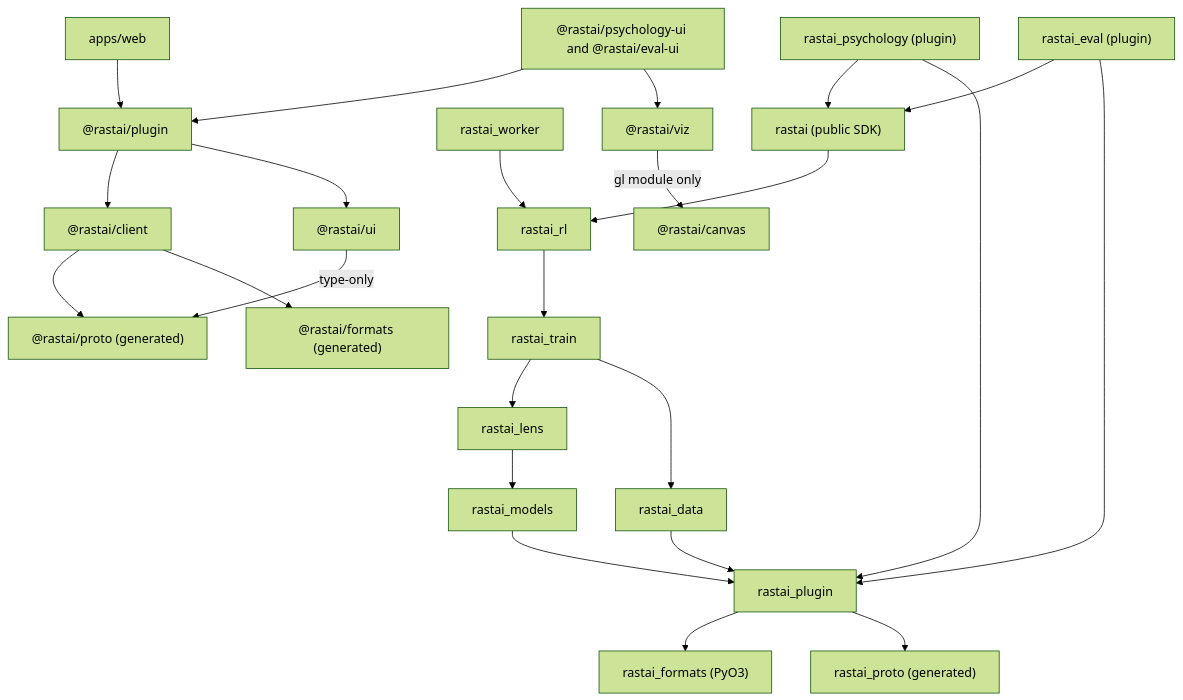
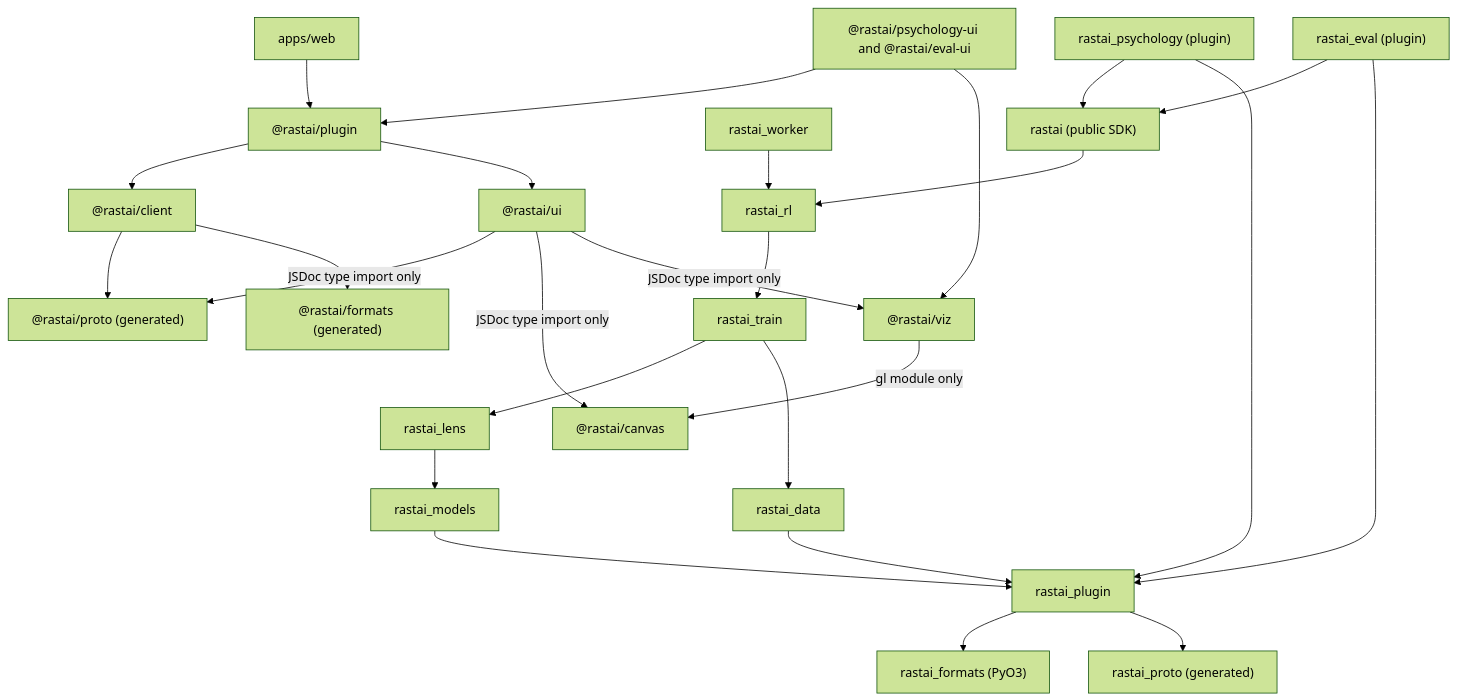
One commit to Snubiss/RASTAI-Research-Studio changed the second of 4 diagrams in docs/architecture/contracts.md. Above: the diagram before and after it, drawn with Mermaid (forest theme). The commit also changed other lines of this file and 44 other files, not shown here.

````diff
--- a/docs/architecture/contracts.md
+++ b/docs/architecture/contracts.md
@@ -250,26 +308,28 @@
 ```mermaid
 flowchart TD
   PSY["rastai_psychology (plugin)"] --> SDK["rastai (public SDK)"]
   EV["rastai_eval (plugin)"] --> SDK
   PSY --> PSDK["rastai_plugin"]
   EV --> PSDK
   WRK["rastai_worker"] --> RL["rastai_rl"]
   SDK --> RL
   RL --> TRN["rastai_train"]
   TRN --> LENS["rastai_lens"]
   TRN --> DATA["rastai_data"]
   LENS --> MOD["rastai_models"]
   MOD --> PSDK
   DATA --> PSDK
   PSDK --> PFMT["rastai_formats (PyO3)"]
   PSDK --> PPROTO["rastai_proto (generated)"]
-  WEB["apps/web"] --> TSPLG["@rastai/plugin"]
-  PUI["@rastai/psychology-ui and @rastai/eval-ui"] --> TSPLG
+  WEB["apps/web"] --> JSPLG["@rastai/plugin"]
+  PUI["@rastai/psychology-ui and @rastai/eval-ui"] --> JSPLG
   PUI --> VIZ["@rastai/viz"]
   VIZ -->|"gl module only"| CANVAS["@rastai/canvas"]
-  TSPLG --> CLIENT["@rastai/client"]
-  TSPLG --> UI["@rastai/ui"]
-  UI -->|"type-only"| TPROTO["@rastai/proto (generated)"]
-  CLIENT --> TPROTO
-  CLIENT --> TFMT["@rastai/formats (generated)"]
+  JSPLG --> CLIENT["@rastai/client"]
+  JSPLG --> UI["@rastai/ui"]
+  UI -->|"JSDoc type import only"| JSPROTO["@rastai/proto (generated)"]
+  UI -->|"JSDoc type import only"| CANVAS
+  UI -->|"JSDoc type import only"| VIZ
+  CLIENT --> JSPROTO
+  CLIENT --> JSFMT["@rastai/formats (generated)"]
 ```
````
